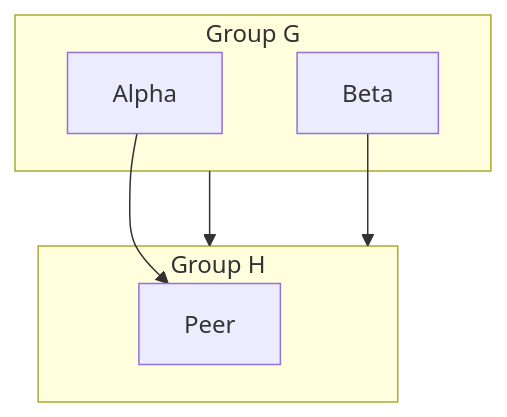
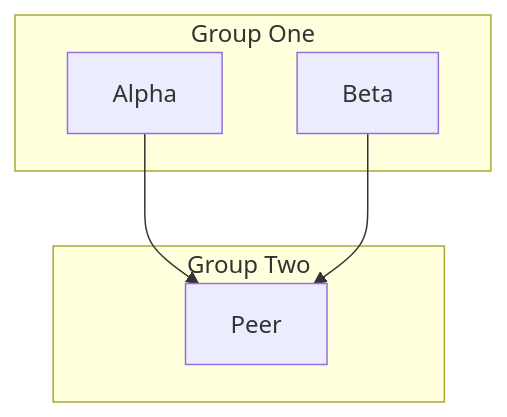
One commit to mermaid-js/mermaid changed the fifth of 6 diagrams in docs/syntax/grid-layout.md. Above: the diagram before and after it, drawn with Mermaid. The commit also changed other lines of this file and 6 other files, not shown here.

````diff
--- a/docs/syntax/grid-layout.md
+++ b/docs/syntax/grid-layout.md
@@ -199,25 +198,24 @@
 ```mermaid
 ---
 config:
   layout: grid
   grid:
     cellGap: 16
     placements:
       A: { row: 1, column: 1 }
       B: { row: 2, column: 1 }
       C: { row: 1, column: 1 }
       G: { row: 1, column: 1 }
       H: { row: 1, column: 2 }
 ---
 flowchart TB
-  subgraph G["Group G"]
+  subgraph G["Group One"]
     A["Alpha"]
     B["Beta"]
   end
-  subgraph H["Group H"]
+  subgraph H["Group Two"]
     C["Peer"]
   end
   A --> C
-  B --> H
-  G --> H
+  B --> C
 ```
````
